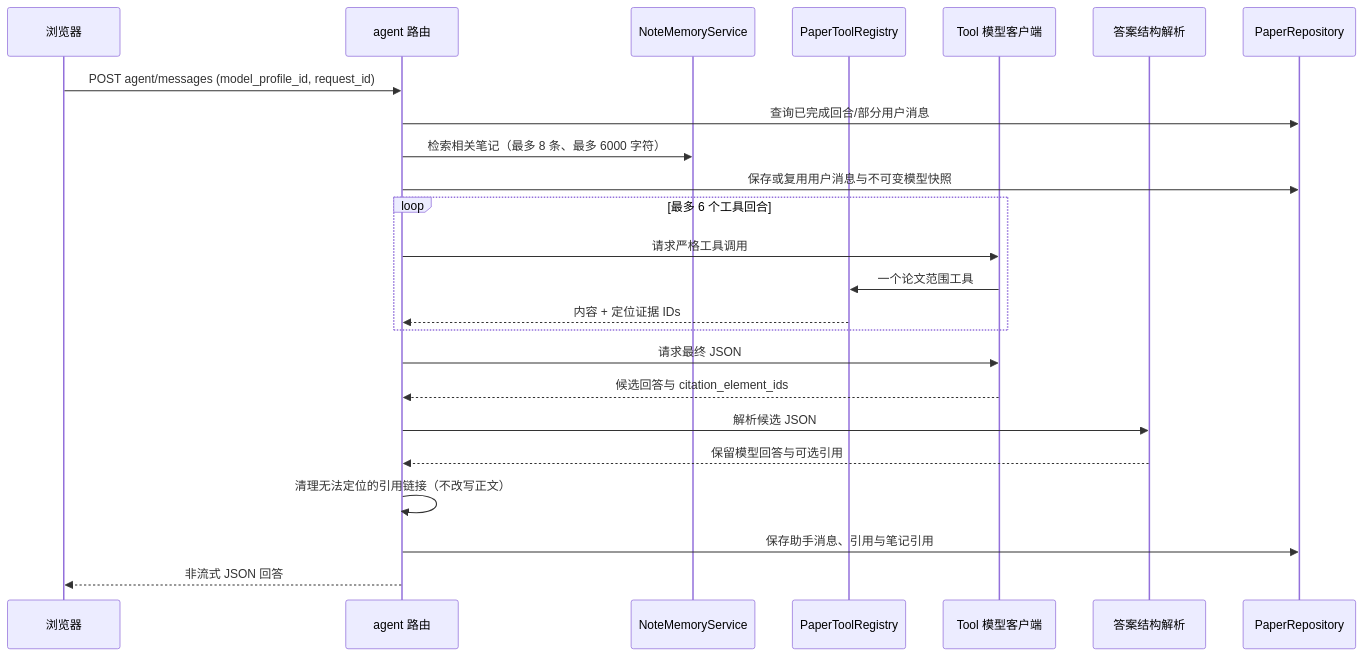
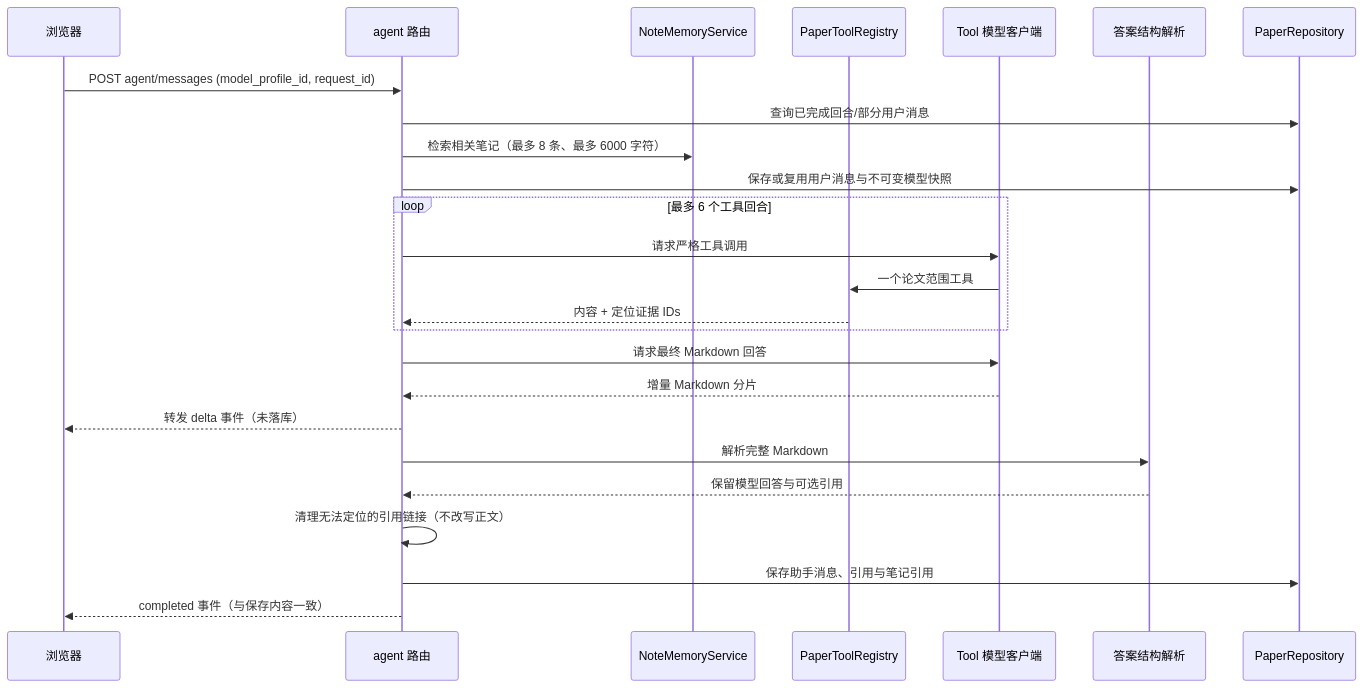
One commit to vibetony319/paper-agent changed the fourth of 5 diagrams in docs/architecture.md. Above: the diagram before and after it, drawn with Mermaid. The commit also changed other lines of this file and 65 other files, not shown here.

````diff
--- a/docs/architecture.md
+++ b/docs/architecture.md
@@ -118,26 +117,27 @@
 ```mermaid
 sequenceDiagram
     participant B as 浏览器
     participant A as agent 路由
     participant N as NoteMemoryService
     participant T as PaperToolRegistry
     participant M as Tool 模型客户端
     participant G as 答案结构解析
     participant R as PaperRepository
     B->>A: POST agent/messages (model_profile_id, request_id)
     A->>R: 查询已完成回合/部分用户消息
     A->>N: 检索相关笔记（最多 8 条、最多 6000 字符）
     A->>R: 保存或复用用户消息与不可变模型快照
     loop 最多 6 个工具回合
         A->>M: 请求严格工具调用
         M->>T: 一个论文范围工具
         T-->>A: 内容 + 定位证据 IDs
     end
-    A->>M: 请求最终 JSON
-    M-->>A: 候选回答与 citation_element_ids
-    A->>G: 解析候选 JSON
+    A->>M: 请求最终 Markdown 回答
+    M-->>A: 增量 Markdown 分片
+    A-->>B: 转发 delta 事件（未落库）
+    A->>G: 解析完整 Markdown
     G-->>A: 保留模型回答与可选引用
     A->>A: 清理无法定位的引用链接（不改写正文）
     A->>R: 保存助手消息、引用与笔记引用
-    A-->>B: 非流式 JSON 回答
+    A-->>B: completed 事件（与保存内容一致）
 ```
````
